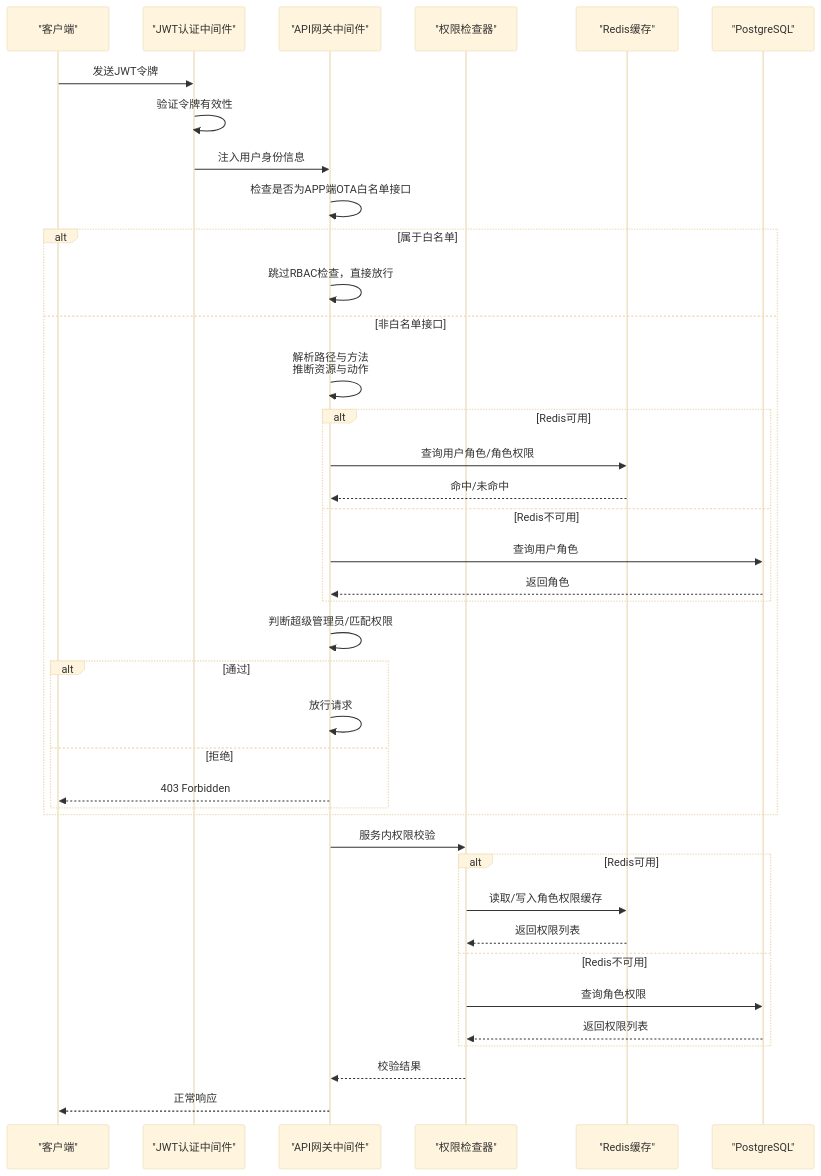
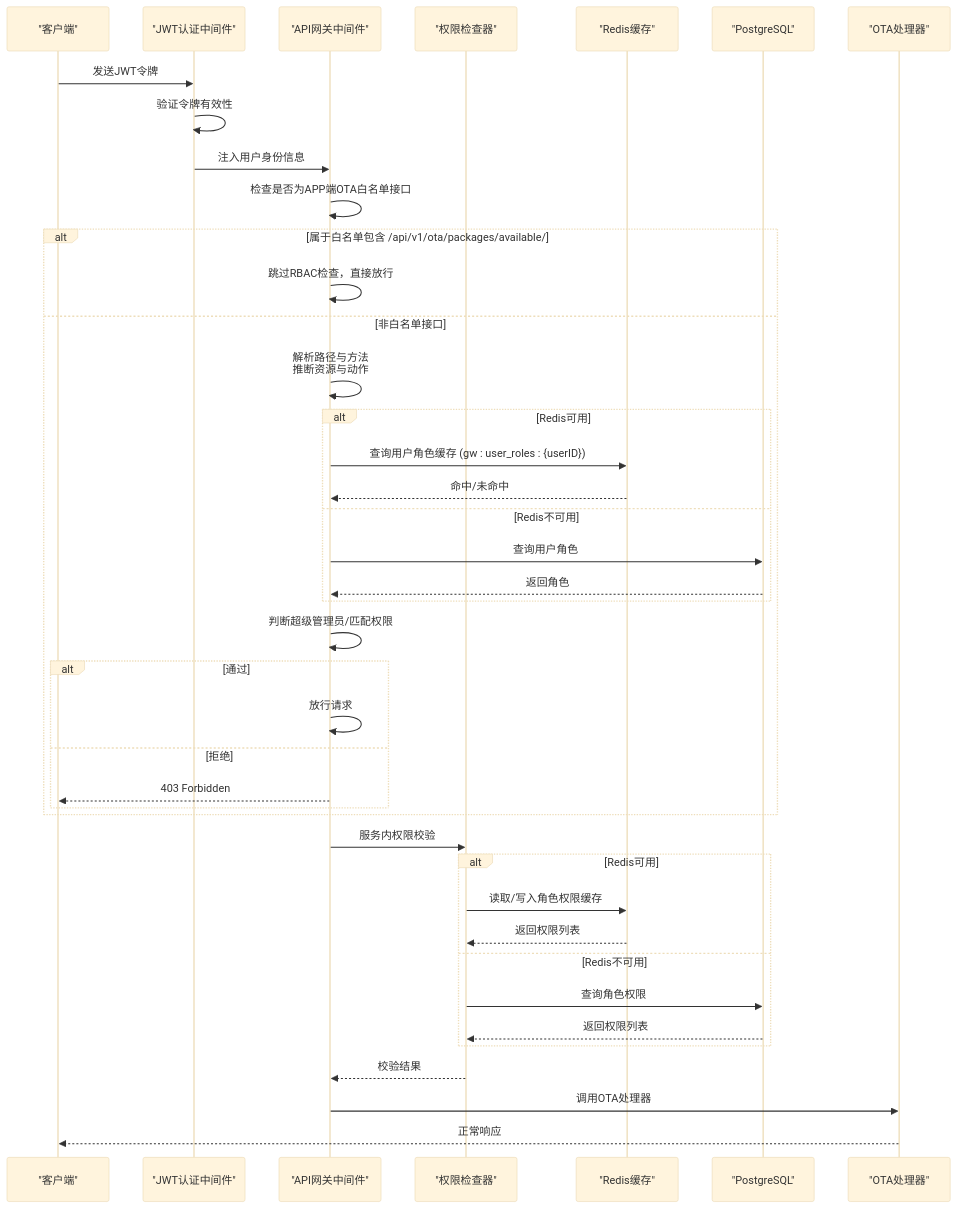
The second of 10 diagrams in .qoder/repowiki/zh/content/API网关服务/RBAC权限控制.md (mcmrzy/cs_inv_monitor-develop), drawn with Mermaid (base theme) before and after one commit. The commit also changed other lines of this file and 28 other files, not shown here.

````diff
--- a/.qoder/repowiki/zh/content/API网关服务/RBAC权限控制.md
+++ b/.qoder/repowiki/zh/content/API网关服务/RBAC权限控制.md
@@ -112,41 +118,43 @@
 ```mermaid
 sequenceDiagram
 participant Client as "客户端"
 participant JWT as "JWT认证中间件"
 participant Gateway as "API网关中间件"
 participant Checker as "权限检查器"
 participant Cache as "Redis缓存"
 participant DB as "PostgreSQL"
+participant OTA as "OTA处理器"
 Client->>JWT : 发送JWT令牌
 JWT->>JWT : 验证令牌有效性
 JWT->>Gateway : 注入用户身份信息
 Gateway->>Gateway : 检查是否为APP端OTA白名单接口
-alt 属于白名单
+alt 属于白名单包含 /api/v1/ota/packages/available/
 Gateway->>Gateway : 跳过RBAC检查，直接放行
 else 非白名单接口
 Gateway->>Gateway : 解析路径与方法<br/>推断资源与动作
 alt Redis可用
-Gateway->>Cache : 查询用户角色/角色权限
+Gateway->>Cache : 查询用户角色缓存 (gw : user_roles : {userID})
 Cache-->>Gateway : 命中/未命中
 else Redis不可用
 Gateway->>DB : 查询用户角色
 DB-->>Gateway : 返回角色
 end
 Gateway->>Gateway : 判断超级管理员/匹配权限
 alt 通过
 Gateway->>Gateway : 放行请求
 else 拒绝
 Gateway-->>Client : 403 Forbidden
 end
 end
 Gateway->>Checker : 服务内权限校验
 alt Redis可用
 Checker->>Cache : 读取/写入角色权限缓存
 Cache-->>Checker : 返回权限列表
 else Redis不可用
 Checker->>DB : 查询角色权限
 DB-->>Checker : 返回权限列表
 end
 Checker-->>Gateway : 校验结果
-Gateway-->>Client : 正常响应
+Gateway->>OTA : 调用OTA处理器
+OTA-->>Client : 正常响应
 ```
````
